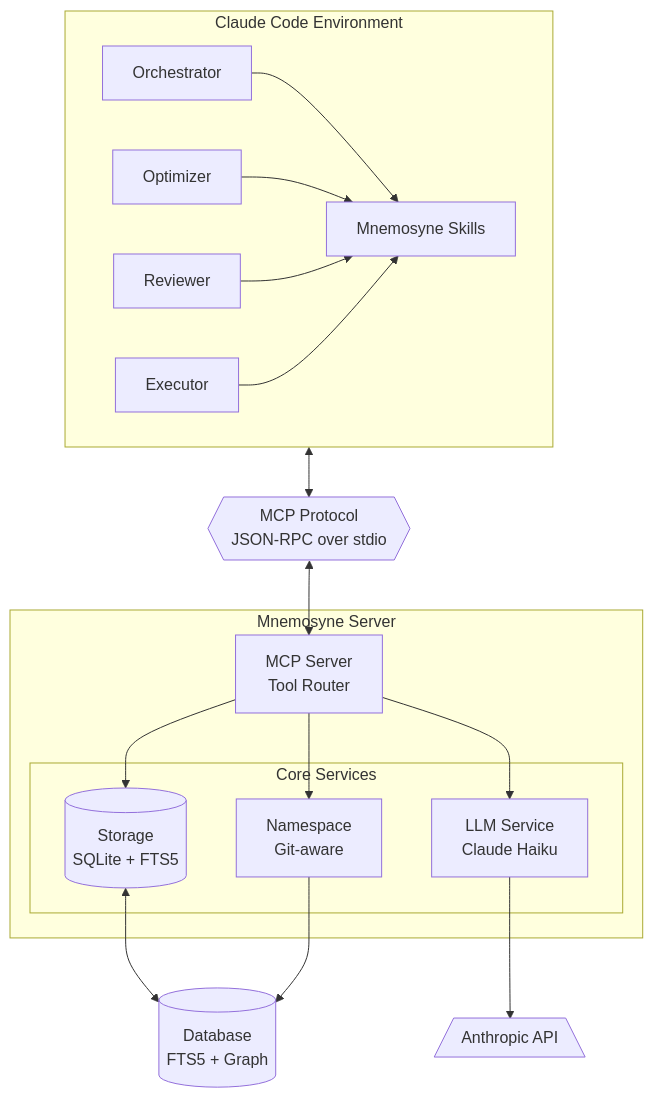
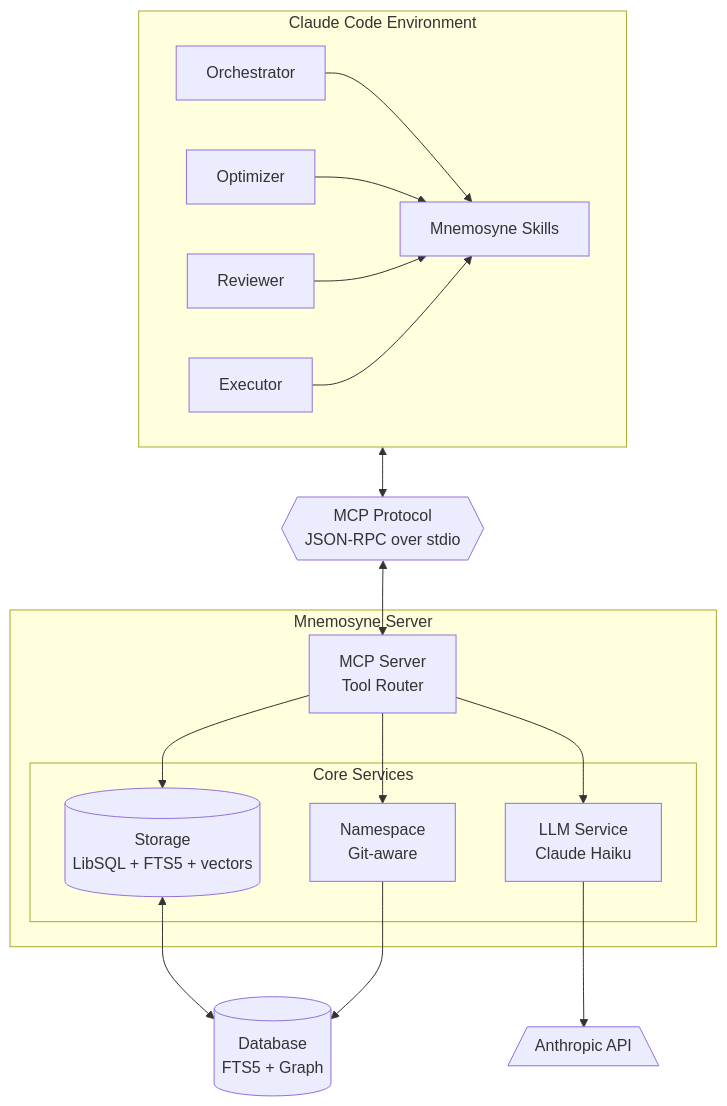
The first of 4 diagrams in ARCHITECTURE.md (juanmackie/mnemosyne-hermes), drawn with Mermaid before and after one commit. The commit also changed other lines of this file and 4 other files, not shown here.

````diff
--- a/ARCHITECTURE.md
+++ b/ARCHITECTURE.md
@@ -38,38 +38,38 @@
 ```mermaid
 flowchart TD
     subgraph Claude["Claude Code Environment"]
         direction LR
         Orch[Orchestrator]
         Opt[Optimizer]
         Rev[Reviewer]
         Exec[Executor]
         Skills[Mnemosyne Skills]
     end
 
     Protocol{{MCP Protocol<br/>JSON-RPC over stdio}}
 
     subgraph Mnemosyne["Mnemosyne Server"]
         MCP[MCP Server<br/>Tool Router]
 
         subgraph Core["Core Services"]
-            Storage[(Storage<br/>SQLite + FTS5)]
+            Storage[(Storage<br/>LibSQL + FTS5 + vectors)]
             LLM[LLM Service<br/>Claude Haiku]
             NS[Namespace<br/>Git-aware]
         end
     end
 
     API[/Anthropic API\]
     DB[(Database<br/>FTS5 + Graph)]
 
     Orch & Opt & Rev & Exec --> Skills
     Skills <--> Protocol
     Protocol <--> MCP
 
     MCP --> Storage
     MCP --> LLM
     MCP --> NS
 
     Storage <--> DB
     LLM --> API
     NS --> DB
 ```
````
